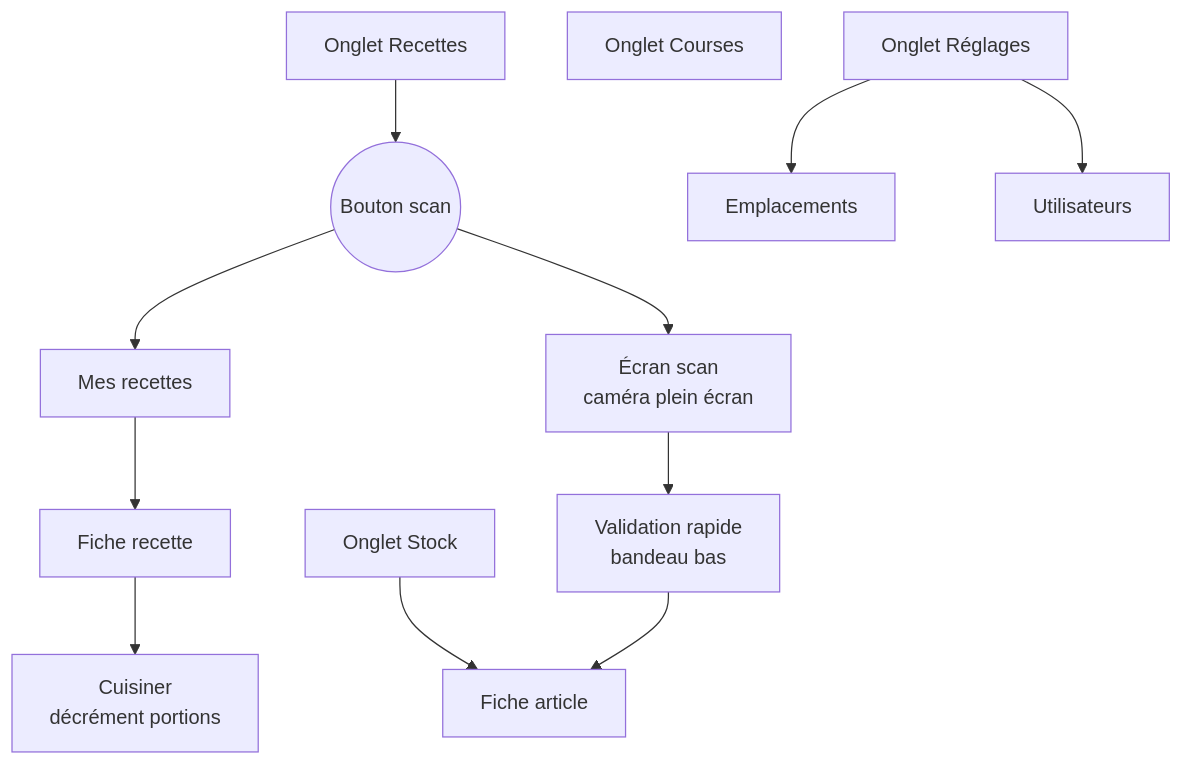
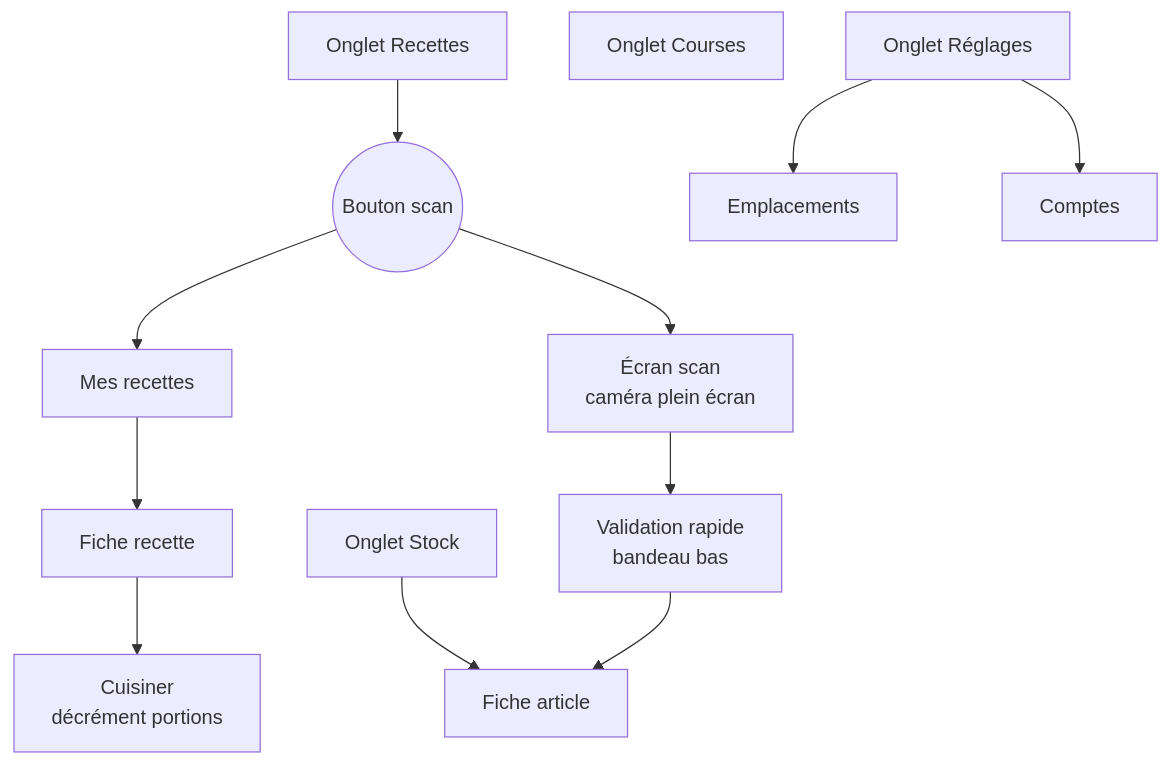
Before and after one commit to djkix/kitchen-inventory: the fifth of 6 diagrams in docs/cahier-des-charges.md, drawn with Mermaid. The commit also changed other lines of this file and 13 other files, not shown here.

````diff
--- a/docs/cahier-des-charges.md
+++ b/docs/cahier-des-charges.md
@@ -398,14 +403,14 @@
 ```mermaid
 flowchart TD
   T1[Onglet Stock] --> F[Fiche article]
   T2[Onglet Recettes] --> S[Suggestions]
   S --> MR[Mes recettes]
   MR --> R[Fiche recette]
   T3[Onglet Courses]
   T4[Onglet Réglages] --> L[Emplacements]
-  T4 --> U[Utilisateurs]
+  T4 --> U[Comptes]
   S((Bouton scan)) --> SC[Écran scan<br/>caméra plein écran]
   SC --> V[Validation rapide<br/>bandeau bas]
   V --> F
   R --> CK[Cuisiner<br/>décrément portions]
 ```
````
